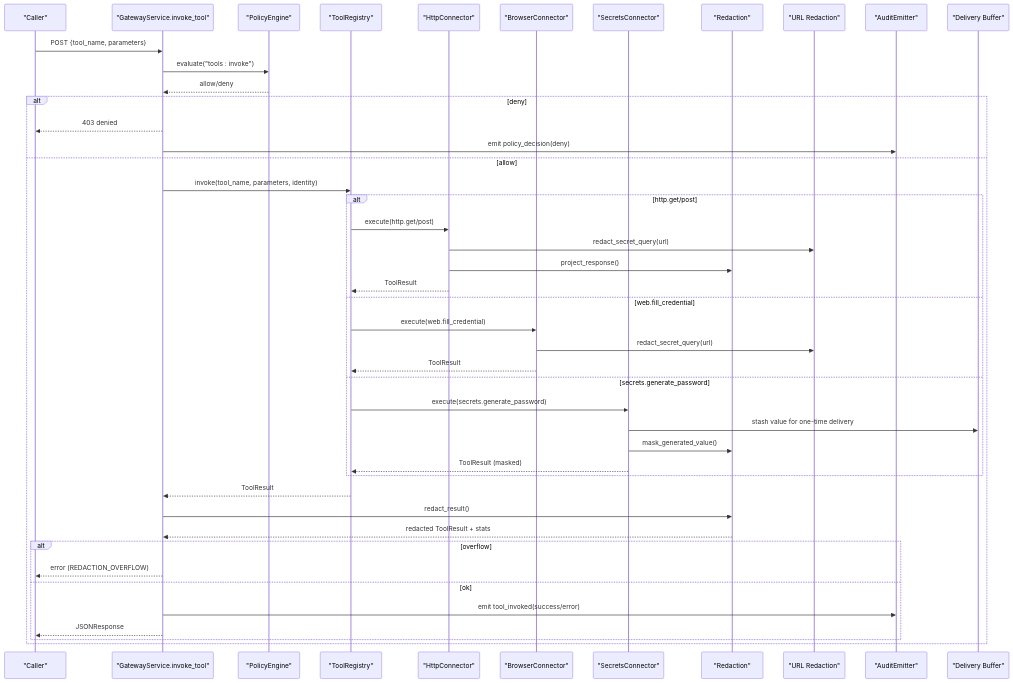
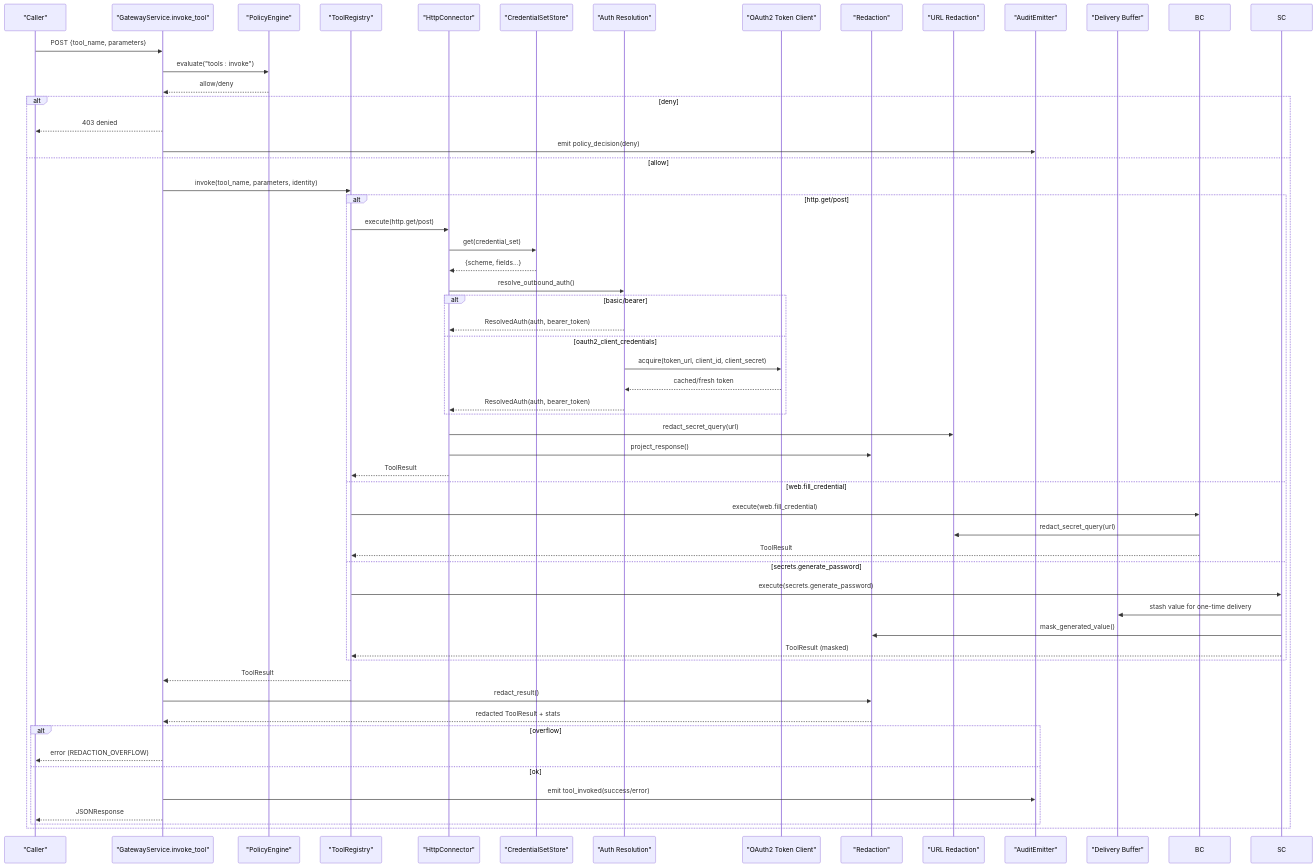
The second of 13 diagrams in .qoder/repowiki/en/content/Core Services/Tool Gateway/Credential Management and Security.md (alainlei/luban-aiops), drawn with Mermaid before and after one commit. The commit also changed other lines of this file and 93 other files, not shown here.

````diff
--- a/.qoder/repowiki/en/content/Core Services/Tool Gateway/Credential Management and Security.md
+++ b/.qoder/repowiki/en/content/Core Services/Tool Gateway/Credential Management and Security.md
@@ -132,47 +147,58 @@
 ```mermaid
 sequenceDiagram
 participant Client as "Caller"
 participant GW as "GatewayService.invoke_tool"
 participant POL as "PolicyEngine"
 participant REG as "ToolRegistry"
 participant HC as "HttpConnector"
-participant BC as "BrowserConnector"
-participant SC as "SecretsConnector"
+participant CS as "CredentialSetStore"
+participant AR as "Auth Resolution"
+participant OC as "OAuth2 Token Client"
 participant RED as "Redaction"
 participant UR as "URL Redaction"
 participant AUD as "AuditEmitter"
 participant BUF as "Delivery Buffer"
 Client->>GW : POST {tool_name, parameters}
 GW->>POL : evaluate("tools : invoke")
 POL-->>GW : allow/deny
 alt deny
 GW-->>Client : 403 denied
 GW->>AUD : emit policy_decision(deny)
 else allow
 GW->>REG : invoke(tool_name, parameters, identity)
 alt http.get/post
 REG->>HC : execute(http.get/post)
+HC->>CS : get(credential_set)
+CS-->>HC : {scheme, fields...}
+HC->>AR : resolve_outbound_auth()
+alt basic/bearer
+AR-->>HC : ResolvedAuth(auth, bearer_token)
+else oauth2_client_credentials
+AR->>OC : acquire(token_url, client_id, client_secret)
+OC-->>AR : cached/fresh token
+AR-->>HC : ResolvedAuth(auth, bearer_token)
+end
 HC->>UR : redact_secret_query(url)
 HC->>RED : project_response()
 HC-->>REG : ToolResult
 else web.fill_credential
 REG->>BC : execute(web.fill_credential)
 BC->>UR : redact_secret_query(url)
 BC-->>REG : ToolResult
 else secrets.generate_password
 REG->>SC : execute(secrets.generate_password)
 SC->>BUF : stash value for one-time delivery
 SC->>RED : mask_generated_value()
 SC-->>REG : ToolResult (masked)
 end
 REG-->>GW : ToolResult
 GW->>RED : redact_result()
 RED-->>GW : redacted ToolResult + stats
 alt overflow
 GW-->>Client : error (REDACTION_OVERFLOW)
 else ok
 GW->>AUD : emit tool_invoked(success/error)
 GW-->>Client : JSONResponse
 end
 end
 ```
````
